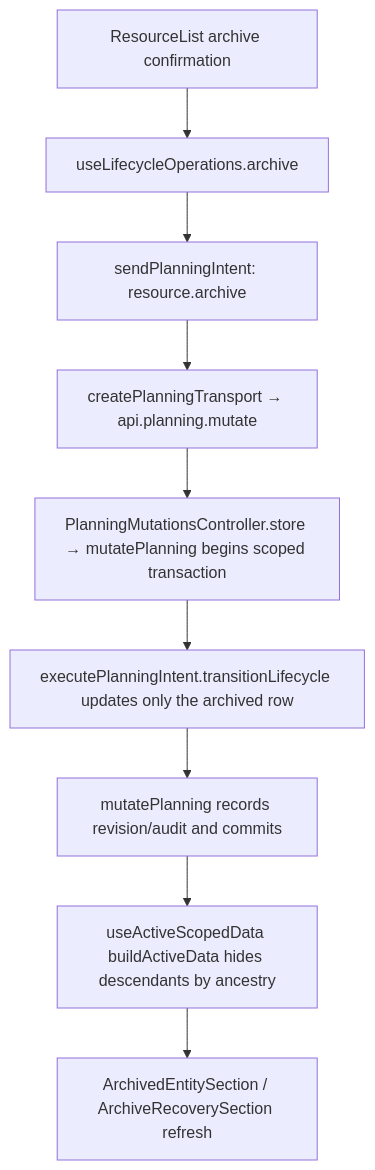
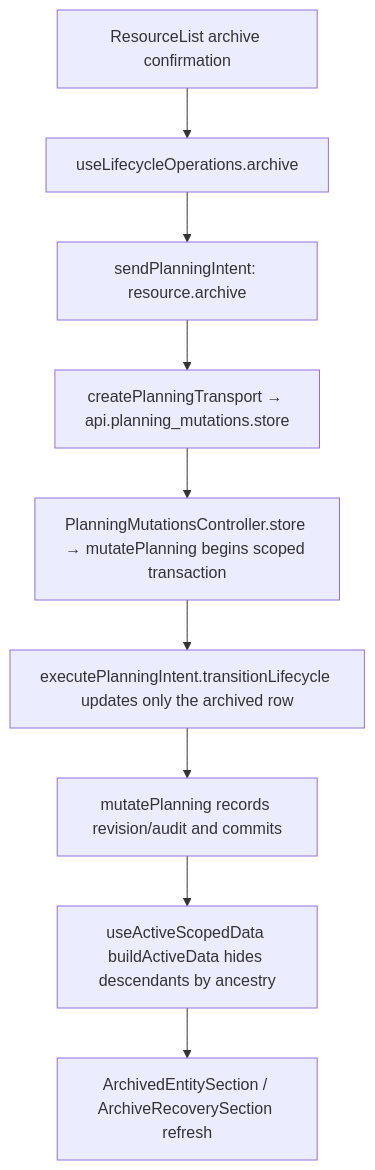
Before and after one commit to Kevinjohn/capacitylens: the second of 2 diagrams in user-stories/resources/US-RES-04-archive-resource.md, drawn with Mermaid. The commit also changed 153 other files, not shown here.

````diff
--- a/user-stories/resources/US-RES-04-archive-resource.md
+++ b/user-stories/resources/US-RES-04-archive-resource.md
@@ -31,7 +31,7 @@
 ```mermaid
 flowchart TD
   A["ResourceList archive confirmation"] --> B["useLifecycleOperations.archive"] --> C["sendPlanningIntent: resource.archive"]
-  C --> D["createPlanningTransport → api.planning.mutate"] --> E["PlanningMutationsController.store → mutatePlanning begins scoped transaction"]
+  C --> D["createPlanningTransport → api.planning_mutations.store"] --> E["PlanningMutationsController.store → mutatePlanning begins scoped transaction"]
   E --> F["executePlanningIntent.transitionLifecycle updates only the archived row"] --> K["mutatePlanning records revision/audit and commits"] --> F2["useActiveScopedData buildActiveData hides descendants by ancestry"]
   F2 --> H["ArchivedEntitySection / ArchiveRecoverySection refresh"]
 ```
````
